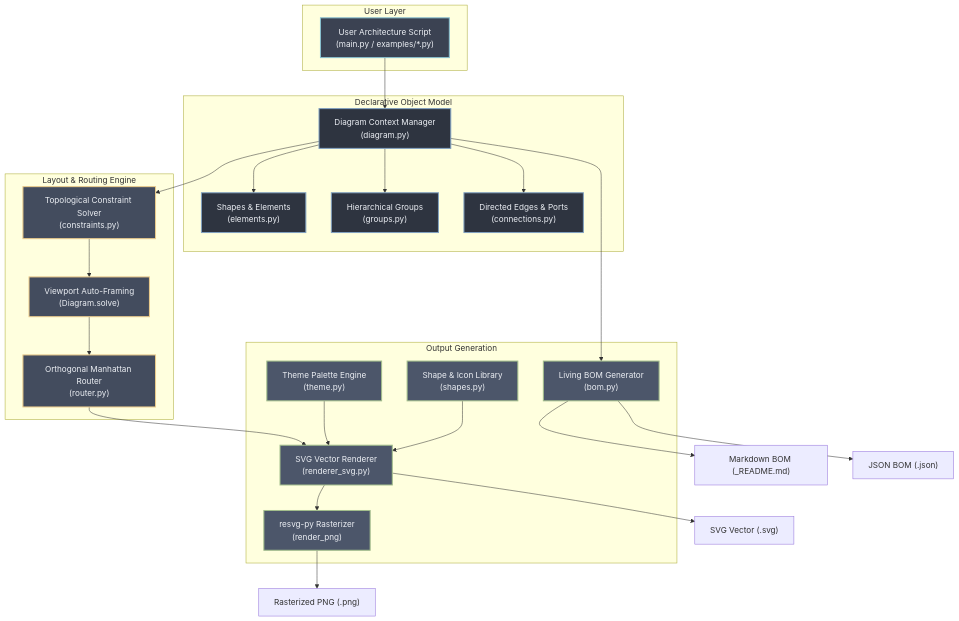
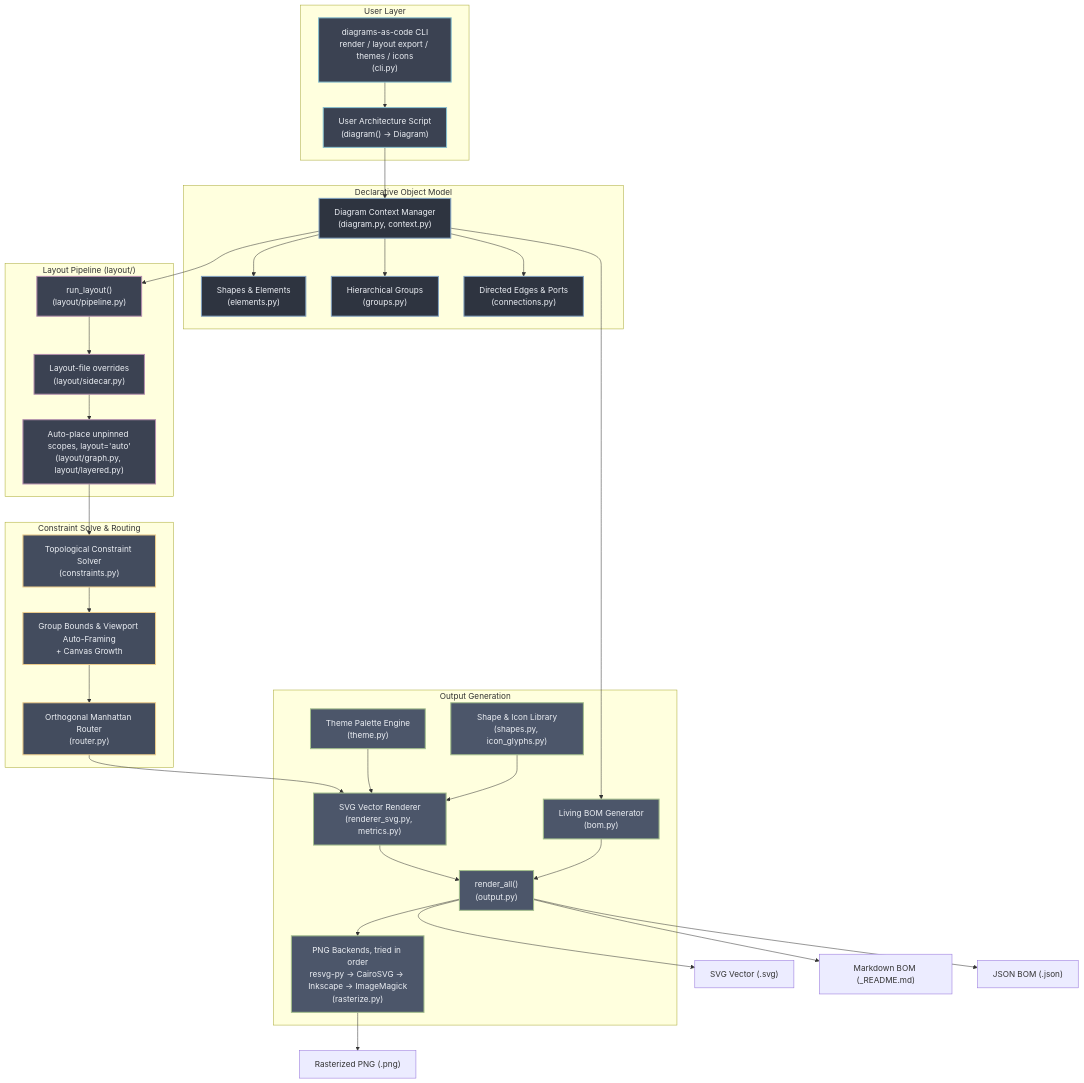
The diagram in docs/diagrams/architecture.mmd (bsommers/diagrams-as-code), drawn with Mermaid before and after one commit. The commit also changed 8 other files, not shown here.

First line of the commit message:
docs: refresh architecture pipeline, diagrams, and counts for the branch

```diff
--- a/docs/diagrams/architecture.mmd
+++ b/docs/diagrams/architecture.mmd
@@ -1,50 +1,65 @@
 flowchart TD
     classDef client fill:#3B4252,stroke:#88C0D0,stroke-width:2px,color:#ECEFF4
     classDef core fill:#2E3440,stroke:#81A1C1,stroke-width:2px,color:#ECEFF4
+    classDef layout fill:#3B4252,stroke:#B48EAD,stroke-width:2px,color:#ECEFF4
     classDef solver fill:#434C5E,stroke:#EBCB8B,stroke-width:2px,color:#ECEFF4
     classDef output fill:#4C566A,stroke:#A3BE8C,stroke-width:2px,color:#ECEFF4
 
     subgraph UserSpace["User Layer"]
-        Script["User Architecture Script<br/>(main.py / examples/*.py)"]:::client
+        Script["User Architecture Script<br/>(diagram() -> Diagram)"]:::client
+        CLI["diagrams-as-code CLI<br/>render / layout export / themes / icons<br/>(cli.py)"]:::client
     end
 
     subgraph DOM["Declarative Object Model"]
-        Diagram["Diagram Context Manager<br/>(diagram.py)"]:::core
+        Diagram["Diagram Context Manager<br/>(diagram.py, context.py)"]:::core
         Elements["Shapes & Elements<br/>(elements.py)"]:::core
         Groups["Hierarchical Groups<br/>(groups.py)"]:::core
         Edges["Directed Edges & Ports<br/>(connections.py)"]:::core
     end
 
-    subgraph SolverEngine["Layout & Routing Engine"]
+    subgraph LayoutEngine["Layout Pipeline (layout/)"]
+        Sidecar["Layout-file overrides<br/>(layout/sidecar.py)"]:::layout
+        AutoPlace["Auto-place unpinned scopes, layout='auto'<br/>(layout/graph.py, layout/layered.py)"]:::layout
+        Pipeline["run_layout()<br/>(layout/pipeline.py)"]:::layout
+    end
+
+    subgraph SolverEngine["Constraint Solve & Routing"]
         Solver["Topological Constraint Solver<br/>(constraints.py)"]:::solver
-        AutoFrame["Viewport Auto-Framing<br/>(Diagram.solve)"]:::solver
+        AutoFrame["Group Bounds & Viewport Auto-Framing<br/>+ Canvas Growth"]:::solver
         Router["Orthogonal Manhattan Router<br/>(router.py)"]:::solver
     end
 
     subgraph RenderEngine["Output Generation"]
-        SVGRenderer["SVG Vector Renderer<br/>(renderer_svg.py)"]:::output
+        SVGRenderer["SVG Vector Renderer<br/>(renderer_svg.py, metrics.py)"]:::output
         ThemeEngine["Theme Palette Engine<br/>(theme.py)"]:::output
-        ShapeLib["Shape & Icon Library<br/>(shapes.py)"]:::output
+        ShapeLib["Shape & Icon Library<br/>(shapes.py, icon_glyphs.py)"]:::output
         BOM["Living BOM Generator<br/>(bom.py)"]:::output
-        Resvg["resvg-py Rasterizer<br/>(render_png)"]:::output
+        Rasterize["PNG Backends, tried in order<br/>resvg-py -> CairoSVG -> Inkscape -> ImageMagick<br/>(rasterize.py)"]:::output
+        Output["render_all()<br/>(output.py)"]:::output
     end
 
     Script --> Diagram
+    CLI --> Script
     Diagram --> Elements
     Diagram --> Groups
     Diagram --> Edges
 
-    Diagram --> Solver
+    Diagram --> Pipeline
+    Pipeline --> Sidecar
+    Sidecar --> AutoPlace
+    AutoPlace --> Solver
     Solver --> AutoFrame
     AutoFrame --> Router
 
     Router --> SVGRenderer
     ThemeEngine --> SVGRenderer
     ShapeLib --> SVGRenderer
     Diagram --> BOM
 
-    SVGRenderer --> SVGFile["SVG Vector (.svg)"]
-    SVGRenderer --> Resvg
-    Resvg --> PNGFile["Rasterized PNG (.png)"]
-    BOM --> MDFile["Markdown BOM (_README.md)"]
-    BOM --> JSONFile["JSON BOM (.json)"]
+    SVGRenderer --> Output
+    BOM --> Output
+    Output --> SVGFile["SVG Vector (.svg)"]
+    Output --> Rasterize
+    Rasterize --> PNGFile["Rasterized PNG (.png)"]
+    Output --> MDFile["Markdown BOM (_README.md)"]
+    Output --> JSONFile["JSON BOM (.json)"]
```
